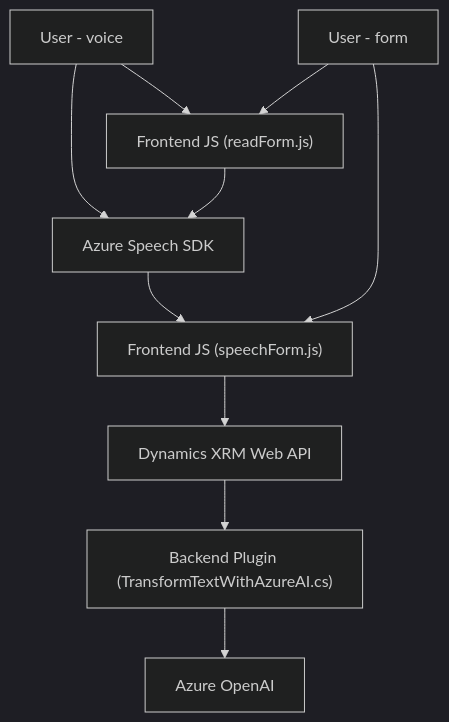
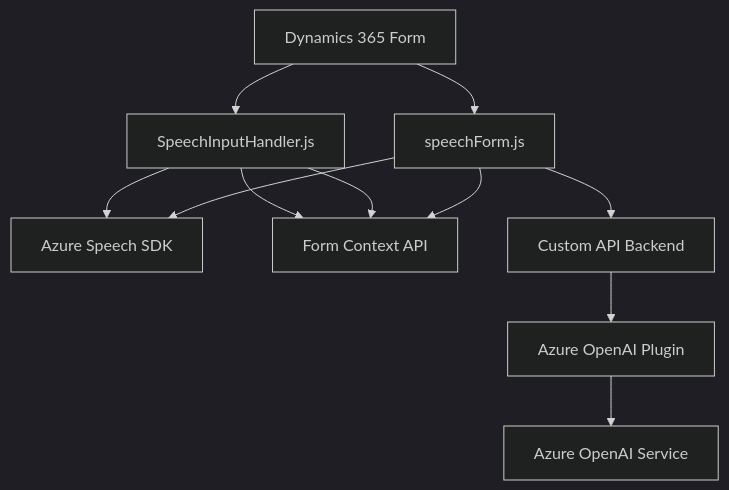
One commit to blopezdm/NETCORE_BILBAO2025 changed the diagram in README.md. Above: the diagram before and after it, drawn with Mermaid (dark theme). The commit also changed other lines of this file, not shown here.

````diff
--- a/README.md
+++ b/README.md
@@ -50,21 +45,13 @@
 ```mermaid
 graph TD
-    A["Frontend JS (readForm.js)"]
-    B["Frontend JS (speechForm.js)"]
-    C["Backend Plugin (TransformTextWithAzureAI.cs)"]
-    D["Azure Speech SDK"]
-    E["Azure OpenAI"]
-    F["Dynamics XRM Web API"]
-    G["User - voice"]
-    H["User - form"]
-    
-    G-->D
-    G-->A
-    H-->A
-    H-->B
-    D-->B
-    B-->F
-    A-->D
-    F-->C
-    C-->E
+    A["Dynamics 365 Form"] --> B["SpeechInputHandler.js"]
+    A --> C["speechForm.js"]
+    B --> D["Azure Speech SDK"]
+    C --> D
+    B --> E["Form Context API"]
+    C --> F["Custom API Backend"]
+    F --> G["Azure OpenAI Plugin"]
+    G --> H["Azure OpenAI Service"]
+    B --> E
+    C --> E
 ```
````
